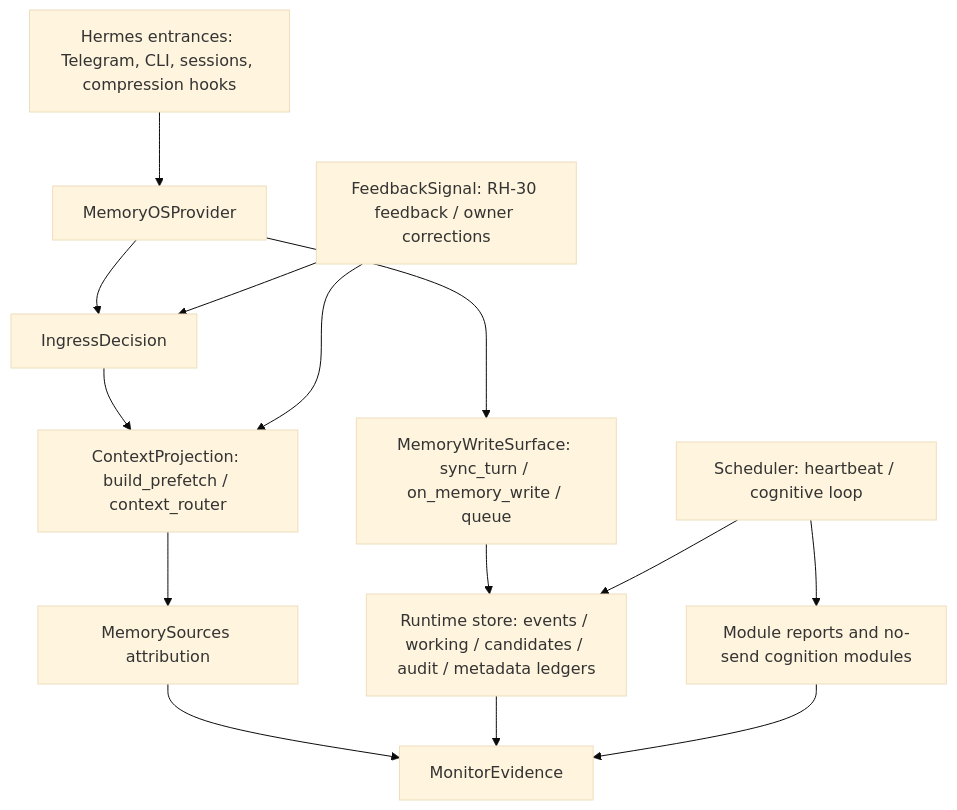
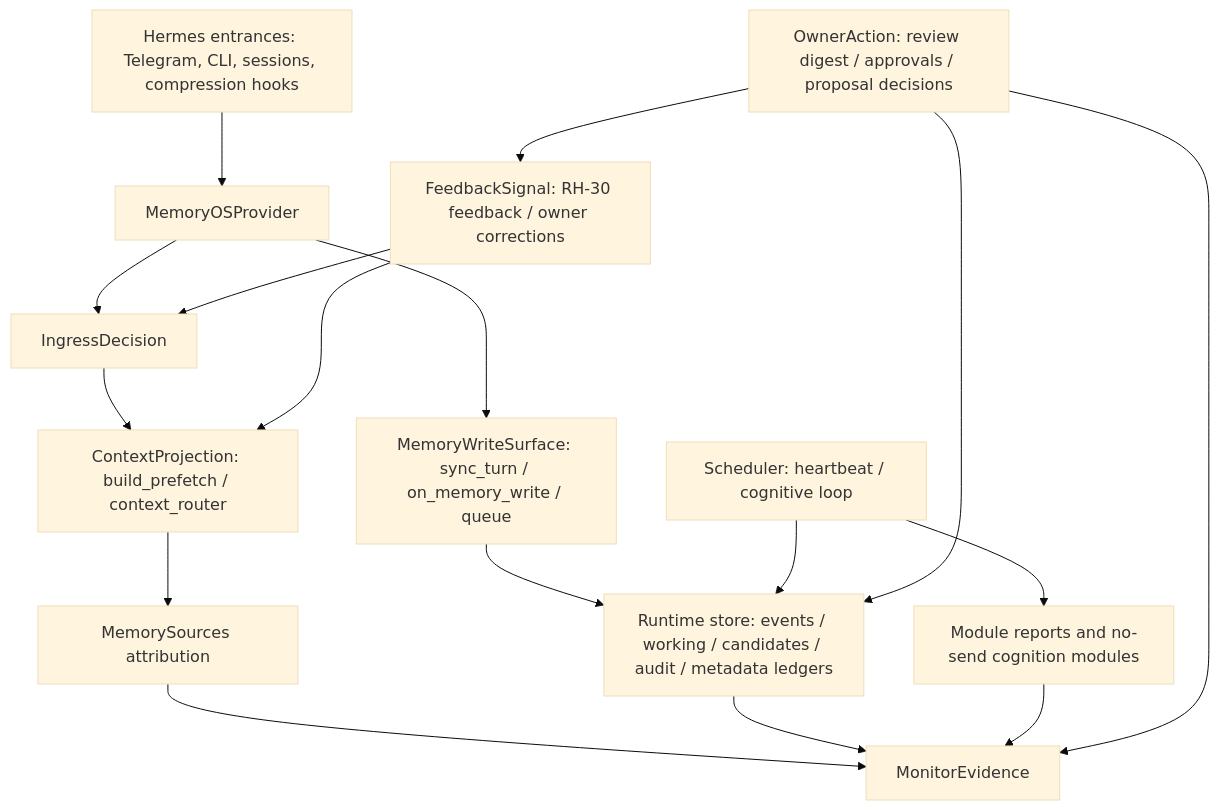
One commit to btnalit/Hermes-Memory-OS changed the diagram in docs/system-modularization/29-memory-os-module-integration-contract.md. Above: the diagram before and after it, drawn with Mermaid (base theme). The commit also changed other lines of this file and 12 other files, not shown here.

Commit message:
Add owner review digest workflow

````diff
--- a/docs/system-modularization/29-memory-os-module-integration-contract.md
+++ b/docs/system-modularization/29-memory-os-module-integration-contract.md
@@ -156,16 +156,19 @@
 ```mermaid
 flowchart TD
     A["Hermes entrances: Telegram, CLI, sessions, compression hooks"] --> B["MemoryOSProvider"]
     B --> C["IngressDecision"]
     C --> D["ContextProjection: build_prefetch / context_router"]
     D --> E["MemorySources attribution"]
     B --> F["MemoryWriteSurface: sync_turn / on_memory_write / queue"]
     F --> G["Runtime store: events / working / candidates / audit / metadata ledgers"]
     H["Scheduler: heartbeat / cognitive loop"] --> G
     H --> I["Module reports and no-send cognition modules"]
     E --> J["MonitorEvidence"]
     G --> J
     I --> J
     K["FeedbackSignal: RH-30 feedback / owner corrections"] --> C
     K --> D
+    L["OwnerAction: review digest / approvals / proposal decisions"] --> G
+    L --> K
+    L --> J
 ```
````
